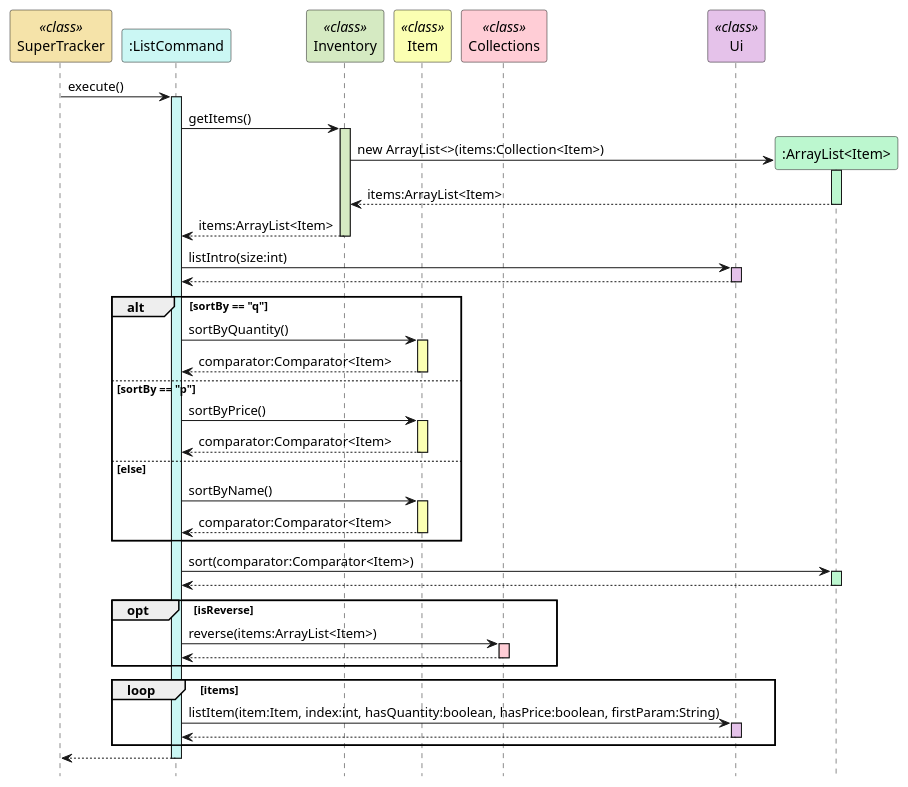
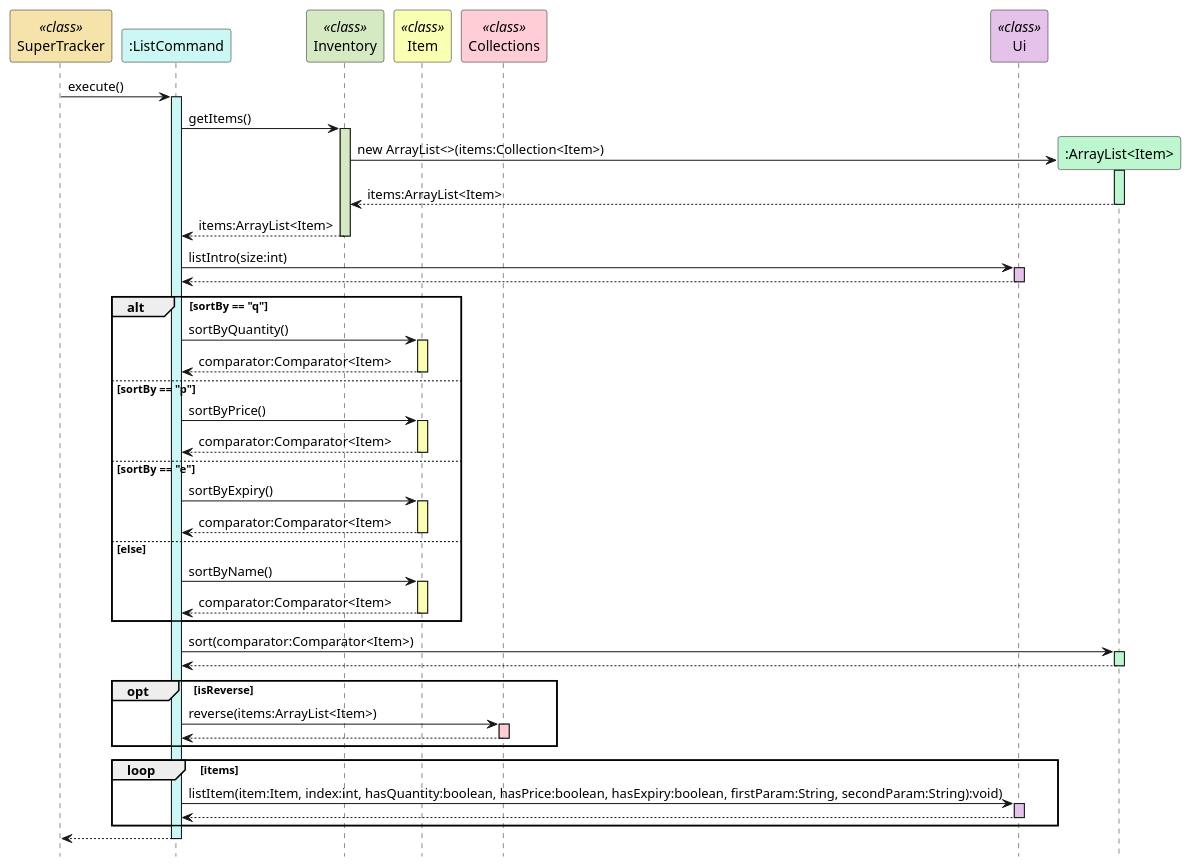
Before and after one commit to rismm/tp: the second of 2 diagrams in docs/uml-diagrams/ListCommand.puml, drawn with PlantUML. The commit also changed other lines of this file and 7 other files, not shown here.

Commit message:
Add DeleteCommand UML and edit ListCommand, NewCommand UML

```diff
--- a/docs/uml-diagrams/ListCommand.puml
+++ b/docs/uml-diagrams/ListCommand.puml
@@ -53,78 +58,88 @@
 @startuml
 hide footbox
 participant "SuperTracker" as SuperTracker <<class>> #f5e3a9
 participant ":ListCommand" as ListCommand #cbf7f4
 participant "Inventory" as Inventory <<class>> #d5eac2
 participant "Item" as Item <<class>> #fbffb2
 participant "Collections" as Collections <<class>> #ffcdd6
 participant "Ui" as Ui <<class>> #e5c2ea
 participant ":ArrayList<Item>" as ArrayList #bcf7cf
 
 SuperTracker -> ListCommand : execute()
 activate ListCommand #cbf7f4
 
 ListCommand -> Inventory : getItems()
 activate Inventory #d5eac2
 
 Inventory -> ArrayList ** : new ArrayList<>(items:Collection<Item>)
 activate ArrayList #bcf7cf
 ArrayList --> Inventory : items:ArrayList<Item>
 deactivate ArrayList
 
 Inventory --> ListCommand : items:ArrayList<Item>
 deactivate Inventory
 
 ListCommand -> Ui : listIntro(size:int)
 activate Ui #e5c2ea
 Ui --> ListCommand
 deactivate Ui
 
 alt sortBy == "q"
 
 ListCommand -> Item : sortByQuantity()
 activate Item #fbffb2
 Item --> ListCommand : comparator:Comparator<Item>
 deactivate Item
 
 else sortBy == "p"
 
 ListCommand -> Item : sortByPrice()
 activate Item #fbffb2
 Item --> ListCommand : comparator:Comparator<Item>
 deactivate Item
 
+else sortBy == "e"
+
+ListCommand -> Item : sortByExpiry()
+activate Item #fbffb2
+Item --> ListCommand : comparator:Comparator<Item>
+deactivate Item
+
+
 else else
 
 ListCommand -> Item : sortByName()
 activate Item #fbffb2
 Item --> ListCommand : comparator:Comparator<Item>
 deactivate Item
+
+
 
 end
 
 ListCommand -> ArrayList : sort(comparator:Comparator<Item>)
 activate ArrayList #bcf7cf
 ArrayList --> ListCommand
 deactivate ArrayList
 
 opt isReverse
 
 ListCommand -> Collections : reverse(items:ArrayList<Item>)
 activate Collections #ffcdd6
 Collections --> ListCommand
 deactivate Collections
 
 end
 
 loop items
 
-ListCommand -> Ui : listItem(item:Item, index:int, hasQuantity:boolean, hasPrice:boolean, firstParam:String)
+ListCommand -> Ui : listItem(item:Item, index:int, hasQuantity:boolean, hasPrice:boolean, hasExpiry:boolean, firstParam:String, secondParam:String):void)
 activate Ui #e5c2ea
 Ui --> ListCommand
 deactivate Ui
 
 end
 
 ListCommand --> SuperTracker
 deactivate ListCommand
 @enduml
```
